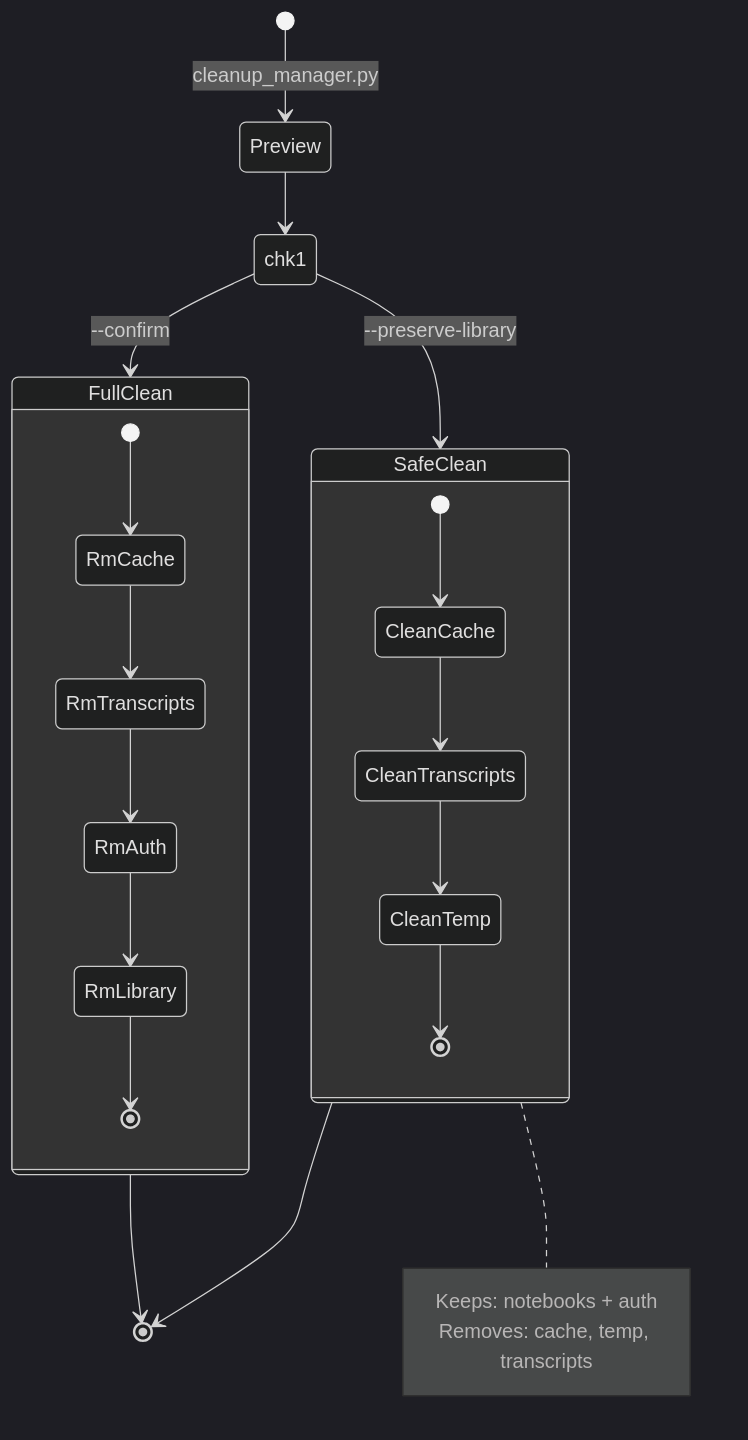
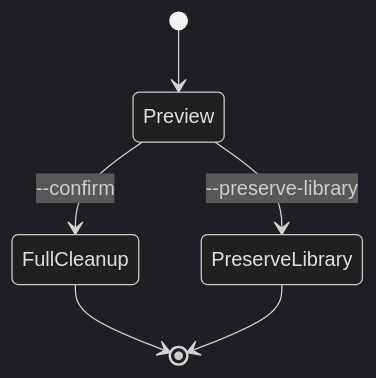
The fifth of 5 diagrams in references/api-reference.md (khengyun/notebooklm-experts-skill), drawn with Mermaid (dark theme) before and after one commit. The commit also changed other lines of this file and 23 other files, not shown here.

````diff
--- a/references/api-reference.md
+++ b/references/api-reference.md
@@ -157,32 +222,8 @@
 ```mermaid
 stateDiagram-v2
-    [*] --> Preview: cleanup_manager.py
-
-    Preview --> chk1
-    state chk1 <<choice>>
-    chk1 --> FullClean: --confirm
-    chk1 --> SafeClean: --preserve-library
-
-    state FullClean {
-        [*] --> RmCache
-        RmCache --> RmTranscripts
-        RmTranscripts --> RmAuth
-        RmAuth --> RmLibrary
-        RmLibrary --> [*]
-    }
-
-    state SafeClean {
-        [*] --> CleanCache
-        CleanCache --> CleanTranscripts
-        CleanTranscripts --> CleanTemp
-        CleanTemp --> [*]
-    }
-
-    FullClean --> [*]
-    SafeClean --> [*]
-
-    note right of SafeClean
-        Keeps: notebooks + auth
-        Removes: cache, temp, transcripts
-    end note
+    [*] --> Preview
+    Preview --> FullCleanup: --confirm
+    Preview --> PreserveLibrary: --preserve-library
+    FullCleanup --> [*]
+    PreserveLibrary --> [*]
 ```
````
